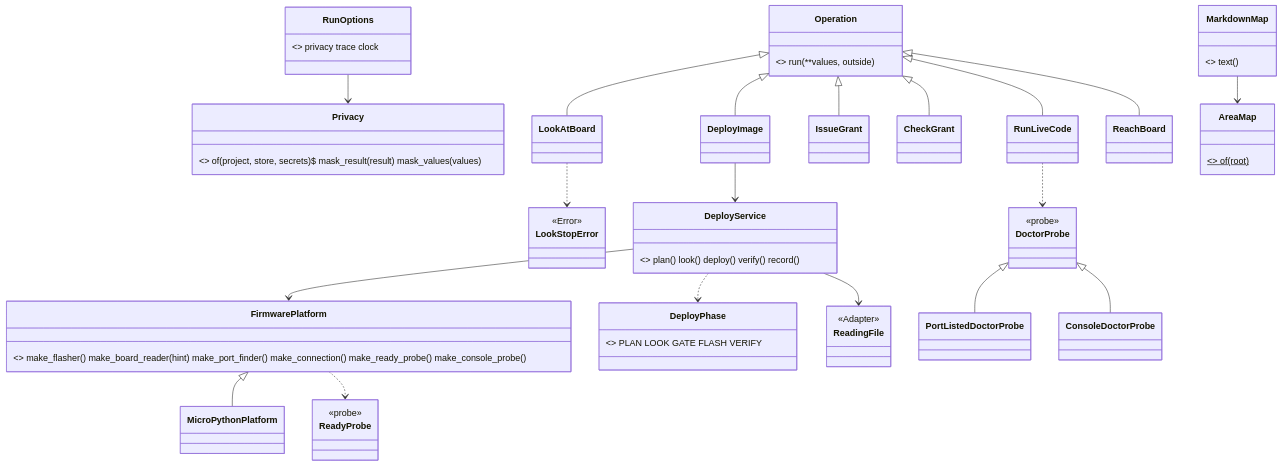
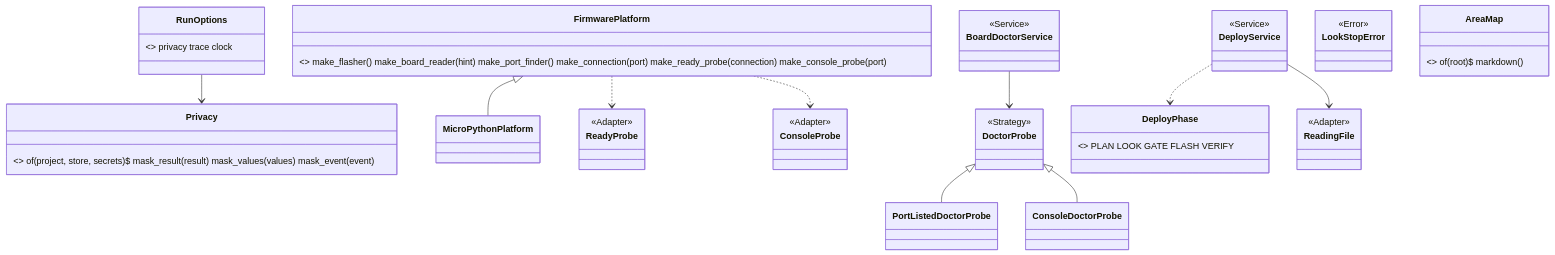
Before and after one commit to xmejkal/spark: the diagram in docs/discovery/2026-10-19-p323-target-architecture/architecture/wave5-plan.md, drawn with Mermaid. The commit also changed other lines of this file, not shown here.

First line of the commit message:
P676: the wave 5 plan after council round 1 (23 keys, the leaves stay, W5-3 split, masking widened)

````diff
--- a/docs/discovery/2026-10-19-p323-target-architecture/architecture/wave5-plan.md
+++ b/docs/discovery/2026-10-19-p323-target-architecture/architecture/wave5-plan.md
@@ -180,33 +230,24 @@
 ```mermaid
 classDiagram
-  class Privacy { <<Strategy>> of(project, store, secrets)$ mask_result(result) mask_values(values) }
+  class Privacy { <<Strategy>> of(project, store, secrets)$ mask_result(result) mask_values(values) mask_event(event) }
   class RunOptions { <<Value>> privacy trace clock }
   RunOptions --> Privacy
-  class Operation { <<Operation>> run(**values, outside) }
-  Operation <|-- LookAtBoard
-  Operation <|-- DeployImage
-  Operation <|-- IssueGrant
-  Operation <|-- CheckGrant
-  Operation <|-- RunLiveCode
-  Operation <|-- ReachBoard
-  class FirmwarePlatform { <<Strategy>> make_flasher() make_board_reader(hint) make_port_finder() make_connection() make_ready_probe() make_console_probe() }
+  class FirmwarePlatform { <<Strategy>> make_flasher() make_board_reader(hint) make_port_finder() make_connection(port) make_ready_probe(connection) make_console_probe(port) }
   FirmwarePlatform <|-- MicroPythonPlatform
-  class ReadyProbe { <<probe>> }
-  class DoctorProbe { <<probe>> }
+  class ReadyProbe { <<Adapter>> }
+  class ConsoleProbe { <<Adapter>> }
+  class DoctorProbe { <<Strategy>> }
   DoctorProbe <|-- PortListedDoctorProbe
   DoctorProbe <|-- ConsoleDoctorProbe
-  class DeployService { <<Service>> plan() look() deploy() verify() record() }
+  class BoardDoctorService { <<Service>> }
+  class DeployService { <<Service>> }
   class DeployPhase { <<Value>> PLAN LOOK GATE FLASH VERIFY }
   class ReadingFile { <<Adapter>> }
   class LookStopError { <<Error>> }
-  DeployImage --> DeployService
-  DeployService --> FirmwarePlatform
+  FirmwarePlatform ..> ReadyProbe
+  FirmwarePlatform ..> ConsoleProbe
+  BoardDoctorService --> DoctorProbe
   DeployService ..> DeployPhase
   DeployService --> ReadingFile
-  FirmwarePlatform ..> ReadyProbe
-  RunLiveCode ..> DoctorProbe
-  LookAtBoard ..> LookStopError
-  class AreaMap { <<Value>> of(root)$ }
-  class MarkdownMap { <<Renderer>> text() }
-  MarkdownMap --> AreaMap
+  class AreaMap { <<Value>> of(root)$ markdown() }
 ```
````
